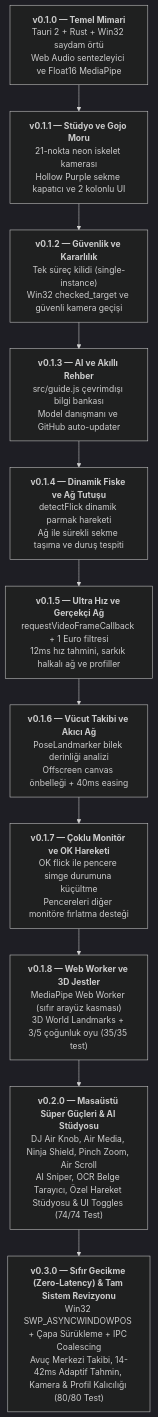
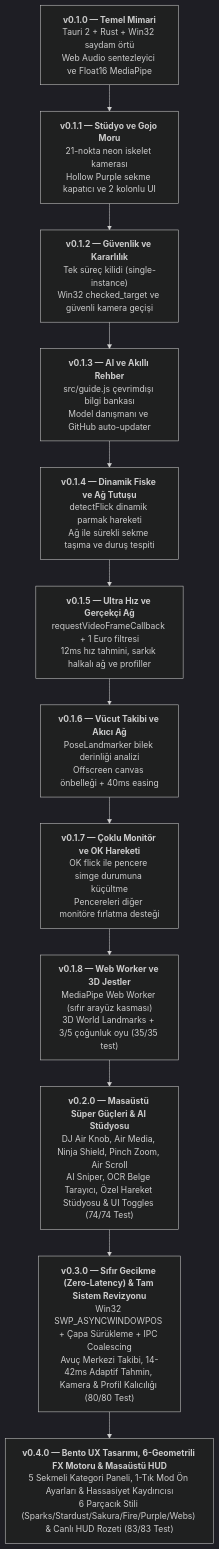
The third of 3 diagrams in README.md (jagwey/web-shooter), drawn with Mermaid (dark theme) before and after one commit. The commit also changed other lines of this file and 14 other files, not shown here.

Commit message:
feat(v0.4.0): Bento UX tabs, 6-style particle FX engine, responsiveness slider & overlay HUD

````diff
--- a/README.md
+++ b/README.md
@@ -125,16 +125,17 @@
 ```mermaid
 flowchart TD
     v010["<b>v0.1.0 — Temel Mimari</b><br/>Tauri 2 + Rust + Win32 saydam örtü<br/>Web Audio sentezleyici ve Float16 MediaPipe"]
     v011["<b>v0.1.1 — Stüdyo ve Gojo Moru</b><br/>21-nokta neon iskelet kamerası<br/>Hollow Purple sekme kapatıcı ve 2 kolonlu UI"]
     v012["<b>v0.1.2 — Güvenlik ve Kararlılık</b><br/>Tek süreç kilidi (single-instance)<br/>Win32 checked_target ve güvenli kamera geçişi"]
     v013["<b>v0.1.3 — AI ve Akıllı Rehber</b><br/>src/guide.js çevrimdışı bilgi bankası<br/>Model danışmanı ve GitHub auto-updater"]
     v014["<b>v0.1.4 — Dinamik Fiske ve Ağ Tutuşu</b><br/>detectFlick dinamik parmak hareketi<br/>Ağ ile sürekli sekme taşıma ve duruş tespiti"]
     v015["<b>v0.1.5 — Ultra Hız ve Gerçekçi Ağ</b><br/>requestVideoFrameCallback + 1 Euro filtresi<br/>12ms hız tahmini, sarkık halkalı ağ ve profiller"]
     v016["<b>v0.1.6 — Vücut Takibi ve Akıcı Ağ</b><br/>PoseLandmarker bilek derinliği analizi<br/>Offscreen canvas önbelleği + 40ms easing"]
     v017["<b>v0.1.7 — Çoklu Monitör ve OK Hareketi</b><br/>OK flick ile pencere simge durumuna küçültme<br/>Pencereleri diğer monitöre fırlatma desteği"]
     v018["<b>v0.1.8 — Web Worker ve 3D Jestler</b><br/>MediaPipe Web Worker (sıfır arayüz kasması)<br/>3D World Landmarks + 3/5 çoğunluk oyu (35/35 test)"]
     v020["<b>v0.2.0 — Masaüstü Süper Güçleri & AI Stüdyosu</b><br/>DJ Air Knob, Air Media, Ninja Shield, Pinch Zoom, Air Scroll<br/>AI Sniper, OCR Belge Tarayıcı, Özel Hareket Stüdyosu & UI Toggles (74/74 Test)"]
     v030["<b>v0.3.0 — Sıfır Gecikme (Zero-Latency) & Tam Sistem Revizyonu</b><br/>Win32 SWP_ASYNCWINDOWPOS + Çapa Sürükleme + IPC Coalescing<br/>Avuç Merkezi Takibi, 14-42ms Adaptif Tahmin, Kamera & Profil Kalıcılığı (80/80 Test)"]
+    v040["<b>v0.4.0 — Bento UX Tasarımı, 6-Geometrili FX Motoru & Masaüstü HUD</b><br/>5 Sekmeli Kategori Paneli, 1-Tık Mod Ön Ayarları & Hassasiyet Kaydırıcısı<br/>6 Parçacık Stili (Sparks/Stardust/Sakura/Fire/Purple/Webs) & Canlı HUD Rozeti (83/83 Test)"]
 
-    v010 --> v011 --> v012 --> v013 --> v014 --> v015 --> v016 --> v017 --> v018 --> v020 --> v030
+    v010 --> v011 --> v012 --> v013 --> v014 --> v015 --> v016 --> v017 --> v018 --> v020 --> v030 --> v040
 ```
````
